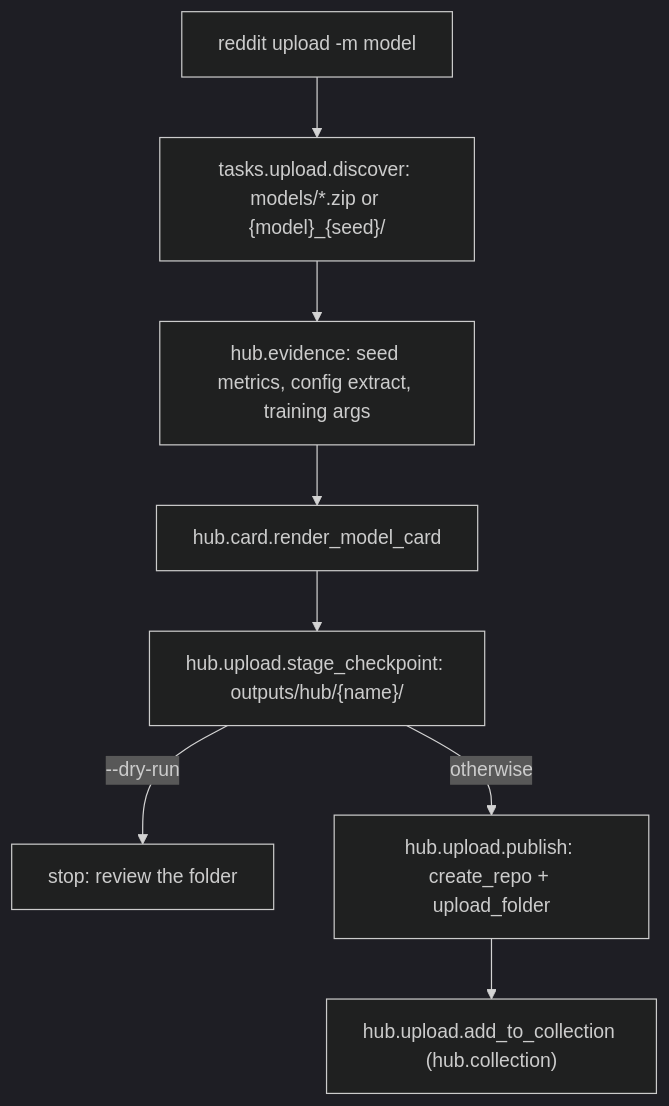
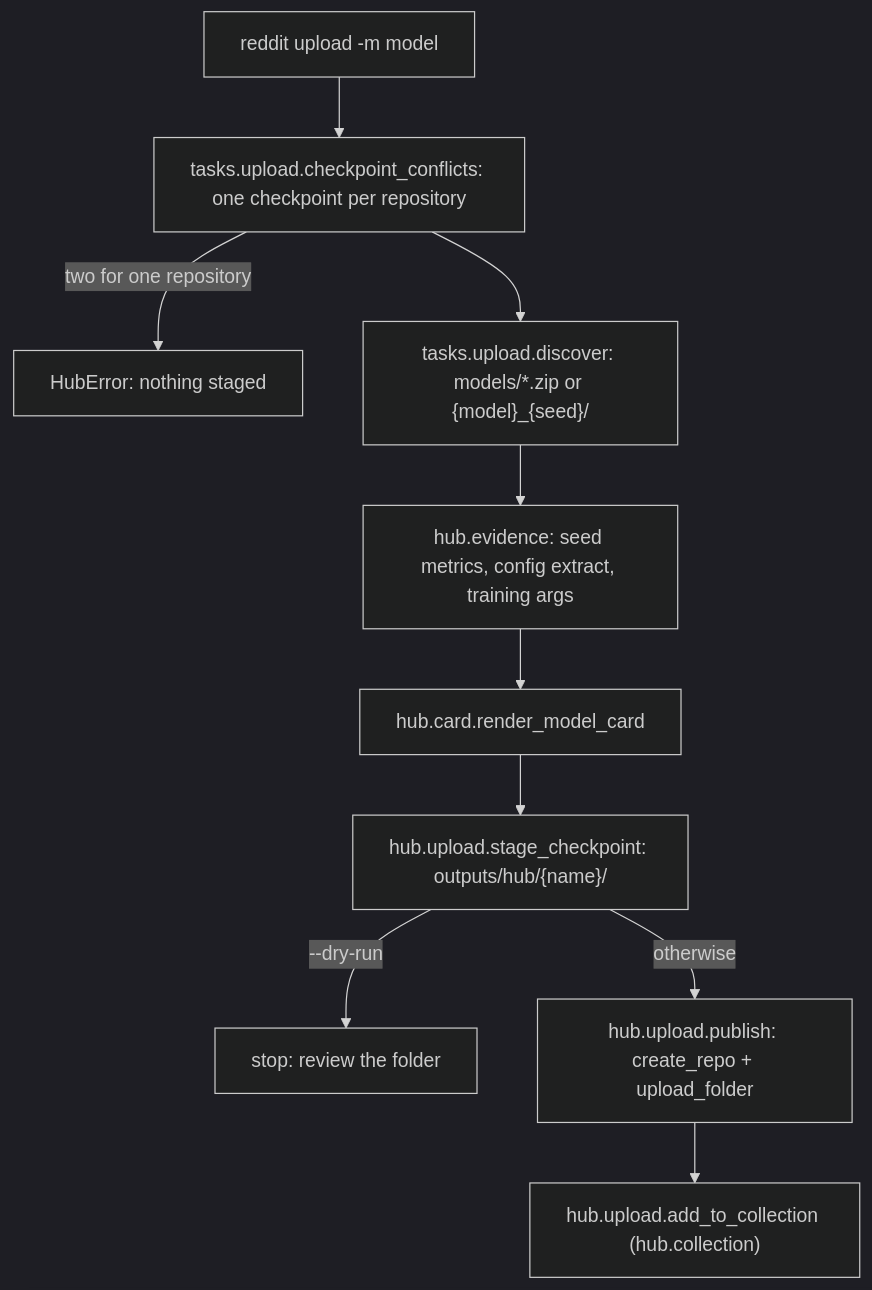
The diagram in docs/how_to/publishing-to-the-hub.md (andrea-dm/reddit-pulse), drawn with Mermaid (dark theme) before and after one commit. The commit also changed other lines of this file and 5 other files, not shown here.

First line of the commit message:
fix(upload): refuse two checkpoints that would publish to one repository

````diff
--- a/docs/how_to/publishing-to-the-hub.md
+++ b/docs/how_to/publishing-to-the-hub.md
@@ -81,10 +86,12 @@
 ```mermaid
 flowchart TD
-    A["reddit upload -m model"] --> B["tasks.upload.discover: models/*.zip or {model}_{seed}/"]
+    A["reddit upload -m model"] --> R["tasks.upload.checkpoint_conflicts: one checkpoint per repository"]
+    R -->|two for one repository| X["HubError: nothing staged"]
+    R --> B["tasks.upload.discover: models/*.zip or {model}_{seed}/"]
     B --> C["hub.evidence: seed metrics, config extract, training args"]
     C --> D["hub.card.render_model_card"]
     D --> E["hub.upload.stage_checkpoint: outputs/hub/{name}/"]
     E -->|--dry-run| F["stop: review the folder"]
     E -->|otherwise| G["hub.upload.publish: create_repo + upload_folder"]
     G --> H["hub.upload.add_to_collection (hub.collection)"]
 ```
````
